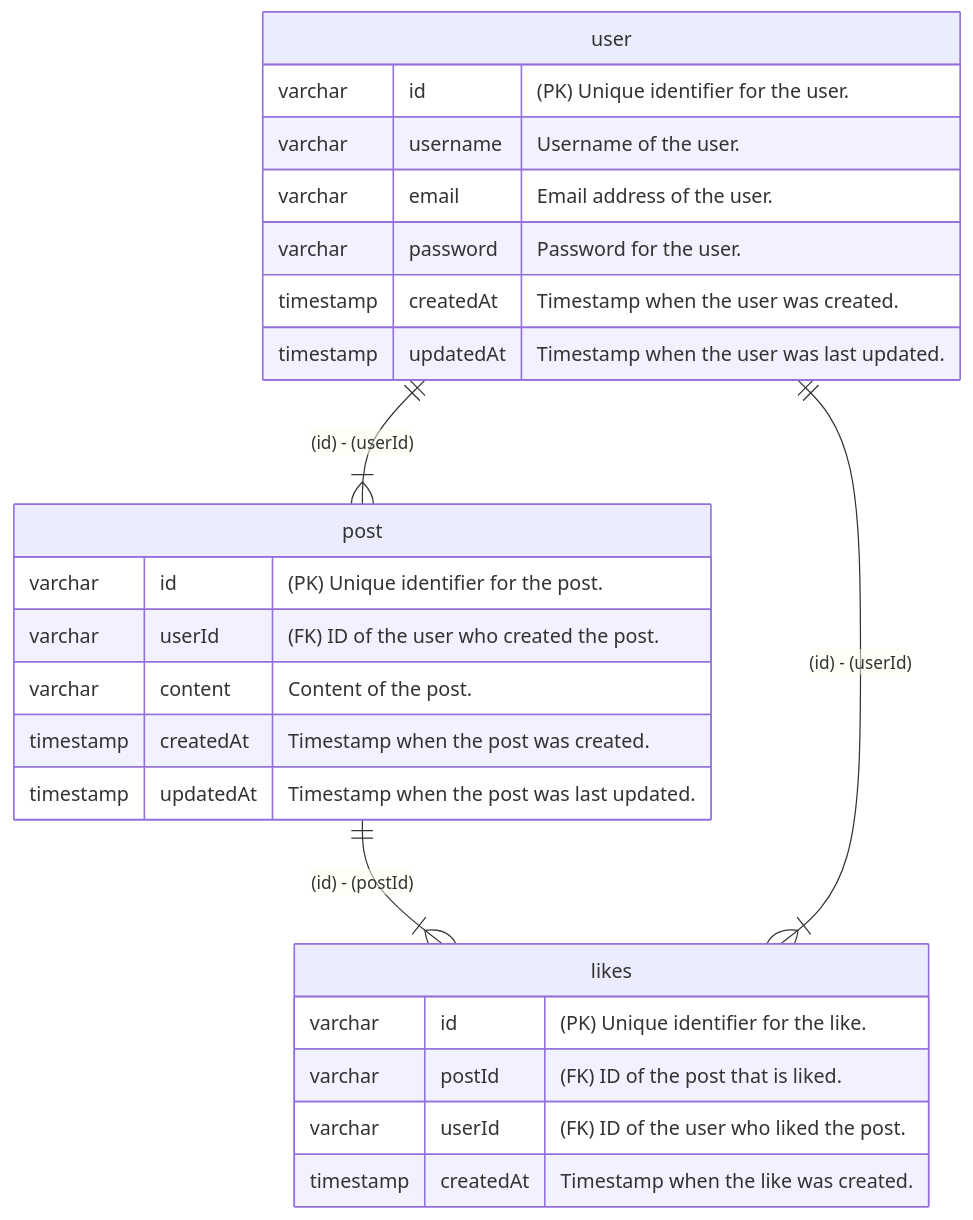
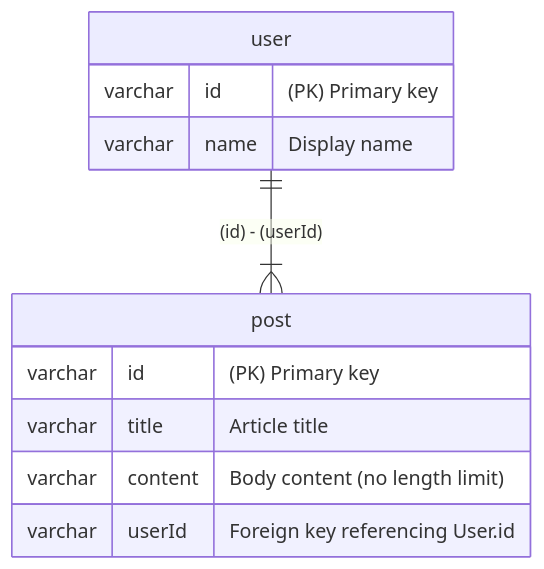
One commit to nakita628/sizuku changed the diagram in packages/sizuku/mermaid-er/ER.md. Above: the diagram before and after it, drawn with Mermaid. The commit also changed 13 other files, not shown here.

````diff
--- a/packages/sizuku/mermaid-er/ER.md
+++ b/packages/sizuku/mermaid-er/ER.md
@@ -1,27 +1,14 @@
 ```mermaid
 erDiagram
     user ||--}| post : "(id) - (userId)"
-    post ||--}| likes : "(id) - (postId)"
-    user ||--}| likes : "(id) - (userId)"
     user {
-        varchar id "(PK) Unique identifier for the user."
-        varchar username "Username of the user."
-        varchar email "Email address of the user."
-        varchar password "Password for the user."
-        timestamp createdAt "Timestamp when the user was created."
-        timestamp updatedAt "Timestamp when the user was last updated."
+        varchar id "(PK) Primary key"
+        varchar name "Display name"
     }
     post {
-        varchar id "(PK) Unique identifier for the post."
-        varchar userId "(FK) ID of the user who created the post."
-        varchar content "Content of the post."
-        timestamp createdAt "Timestamp when the post was created."
-        timestamp updatedAt "Timestamp when the post was last updated."
-    }
-    likes {
-        varchar id "(PK) Unique identifier for the like."
-        varchar postId "(FK) ID of the post that is liked."
-        varchar userId "(FK) ID of the user who liked the post."
-        timestamp createdAt "Timestamp when the like was created."
+        varchar id "(PK) Primary key"
+        varchar title "Article title"
+        varchar content "Body content (no length limit)"
+        varchar userId "Foreign key referencing User.id"
     }
 ```
````
